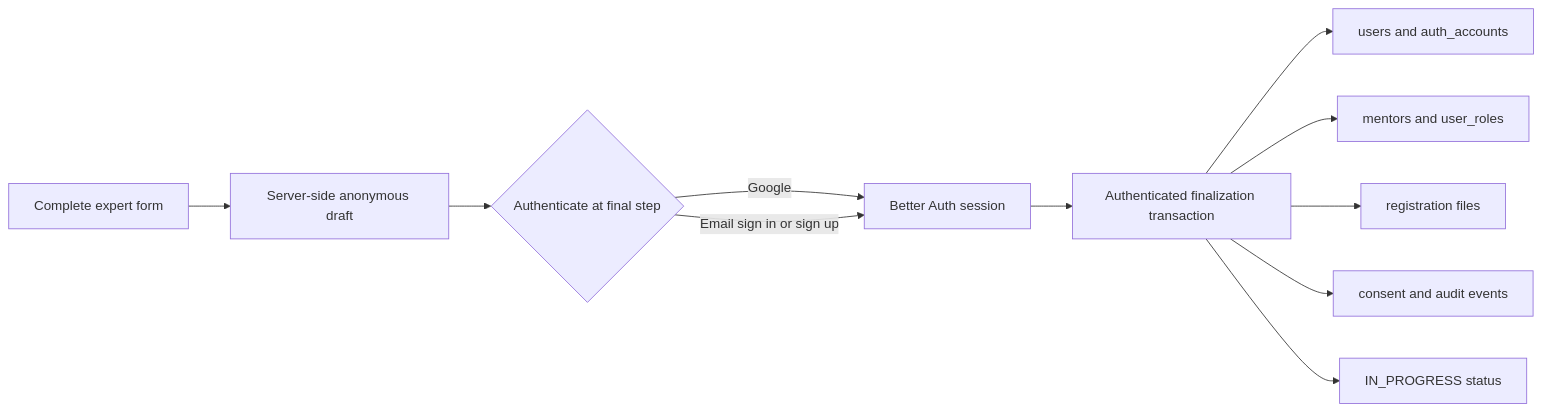
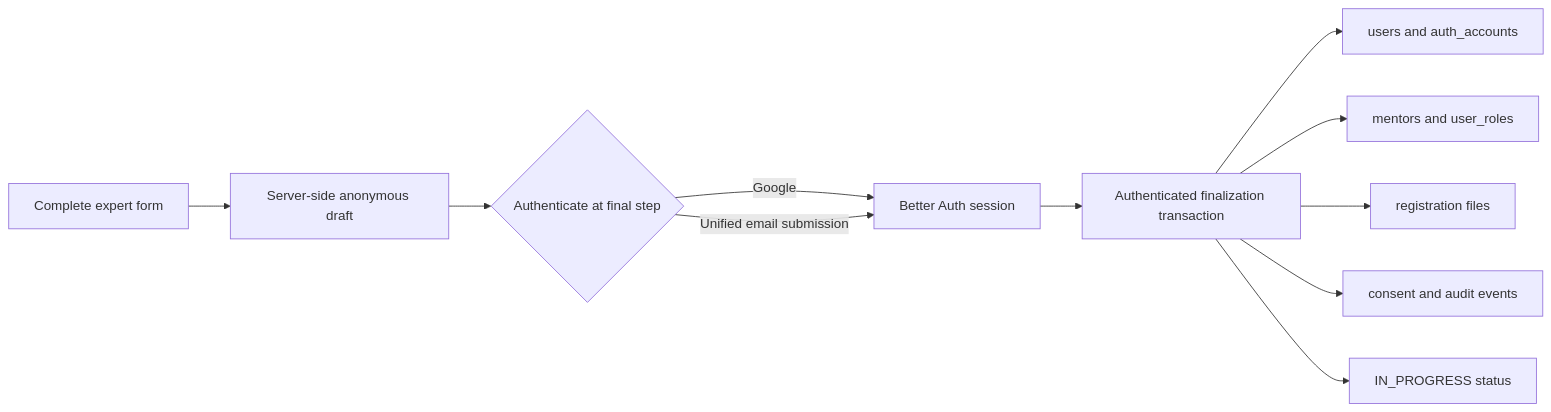
The diagram in documentation/live-expert-registration-source-of-truth.md (abdur-rahman-shawl/sharing-minds-expert-page), drawn with Mermaid before and after one commit. The commit also changed other lines of this file and 3 other files, not shown here.

Commit message:
KAN-232 feat: streamline email registration submission

````diff
--- a/documentation/live-expert-registration-source-of-truth.md
+++ b/documentation/live-expert-registration-source-of-truth.md
@@ -137,13 +138,13 @@
 ```mermaid
 flowchart LR
   A["Complete expert form"] --> B["Server-side anonymous draft"]
   B --> C{"Authenticate at final step"}
   C -->|Google| D["Better Auth session"]
-  C -->|Email sign in or sign up| D
+  C -->|Unified email submission| D
   D --> E["Authenticated finalization transaction"]
   E --> F["users and auth_accounts"]
   E --> G["mentors and user_roles"]
   E --> H["registration files"]
   E --> I["consent and audit events"]
   E --> J["IN_PROGRESS status"]
 ```
````
